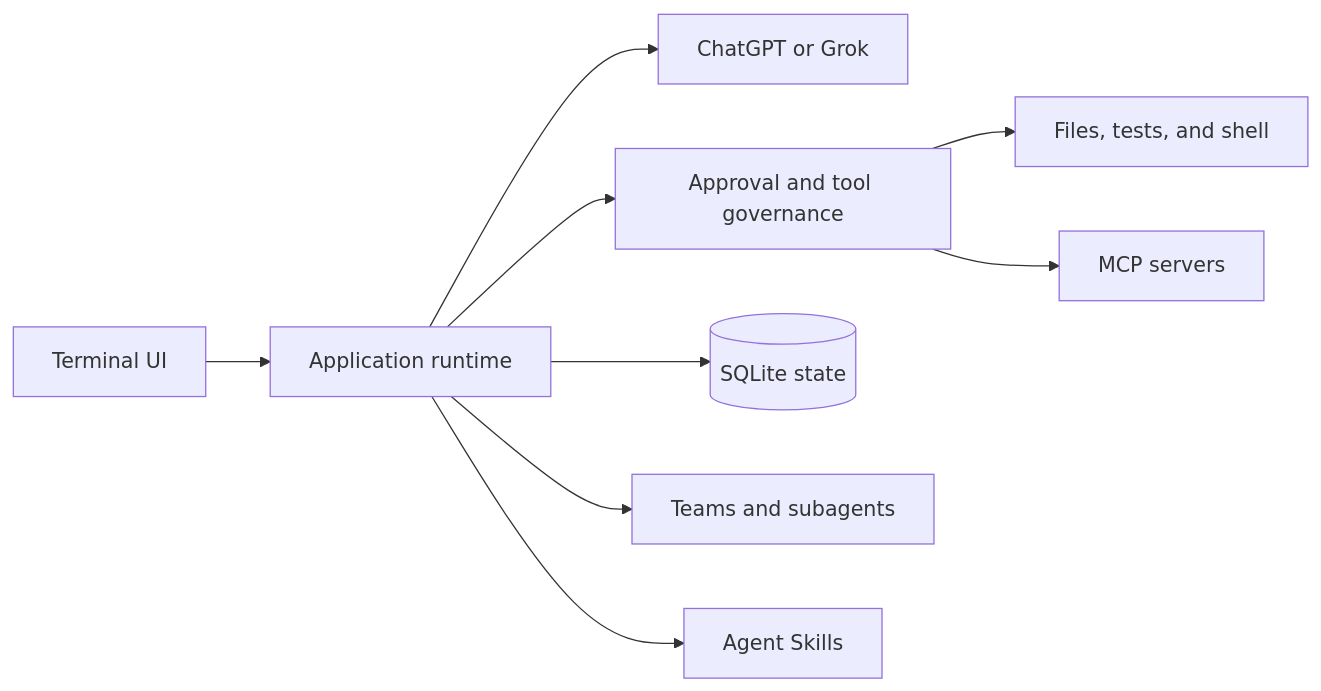
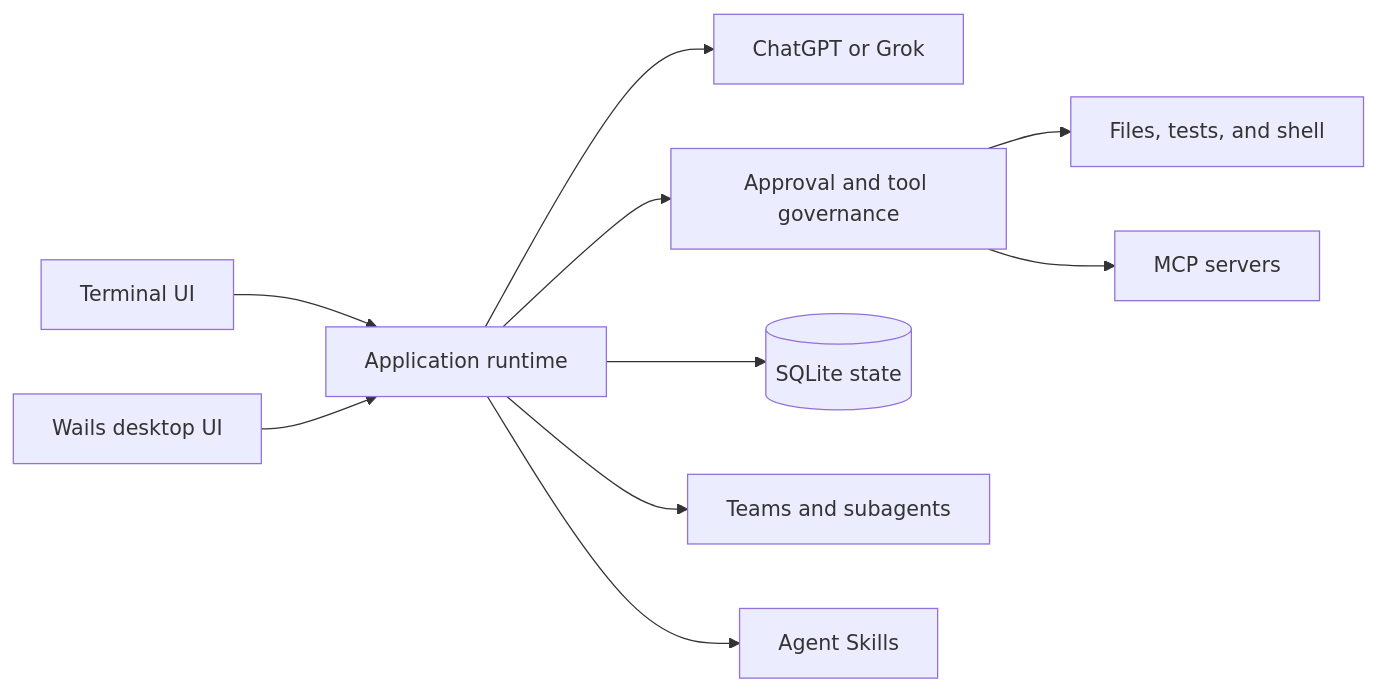
One commit to Viking602/azem changed the diagram in README.md. Above: the diagram before and after it, drawn with Mermaid. The commit also changed other lines of this file and 31 other files, not shown here.

Commit message:
feat: add Wails desktop workspace

````diff
--- a/README.md
+++ b/README.md
@@ -117,11 +126,12 @@
 ```mermaid
 flowchart LR
     U[Terminal UI] --> A[Application runtime]
+    D[Wails desktop UI] --> A
     A --> P[ChatGPT or Grok]
     A --> G[Approval and tool governance]
     G --> T[Files, tests, and shell]
     G --> M[MCP servers]
     A --> S[(SQLite state)]
     A --> C[Teams and subagents]
     A --> K[Agent Skills]
 ```
````
